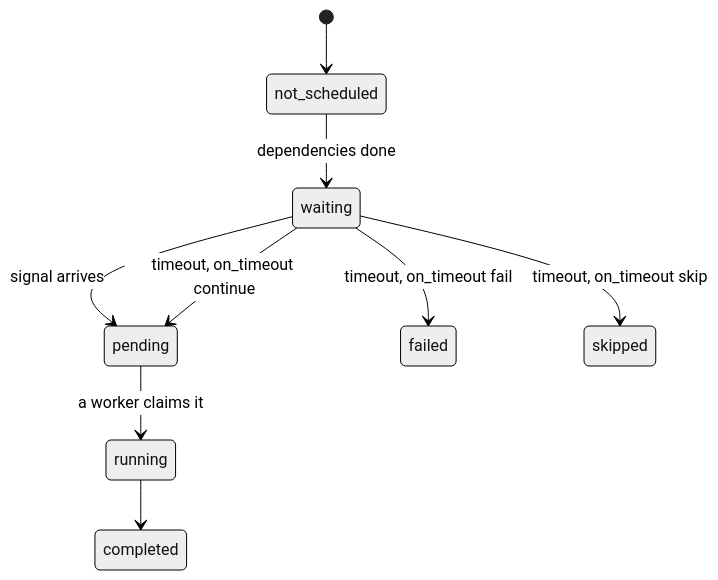
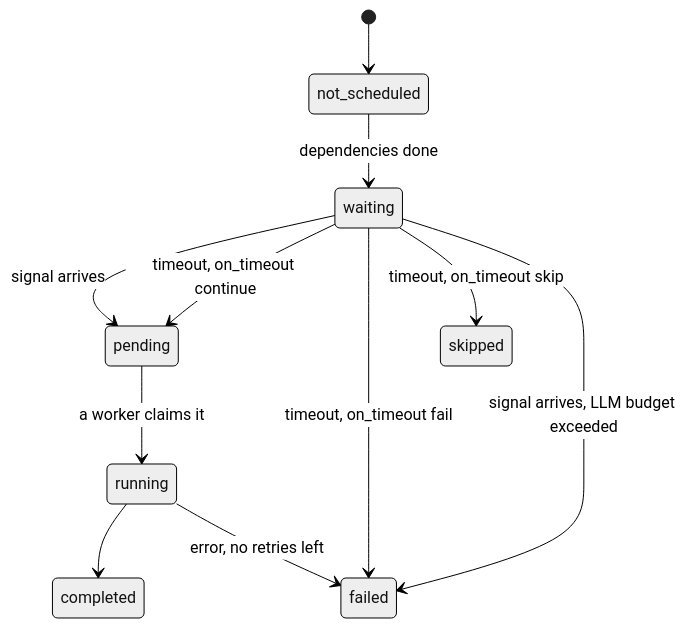
One commit to kruxia/kruxiaflow changed the second of 2 diagrams in docs/signals.md. Above: the diagram before and after it, drawn with Mermaid (neutral theme). The commit also changed other lines of this file and 1 other file, not shown here.

First line of the commit message:
docs(signals): what list_waiting_workflows pages, delay in a loop, a loop script that waits for each round (#36 sweep)

````diff
--- a/docs/signals.md
+++ b/docs/signals.md
@@ -64,11 +64,13 @@
 ```mermaid
 stateDiagram-v2
     [*] --> not_scheduled
     not_scheduled --> waiting: dependencies done
     waiting --> pending: signal arrives
     waiting --> pending: timeout, on_timeout continue
     waiting --> failed: timeout, on_timeout fail
     waiting --> skipped: timeout, on_timeout skip
     pending --> running: a worker claims it
     running --> completed
+    waiting --> failed: signal arrives, LLM budget exceeded
+    running --> failed: error, no retries left
 ```
````
